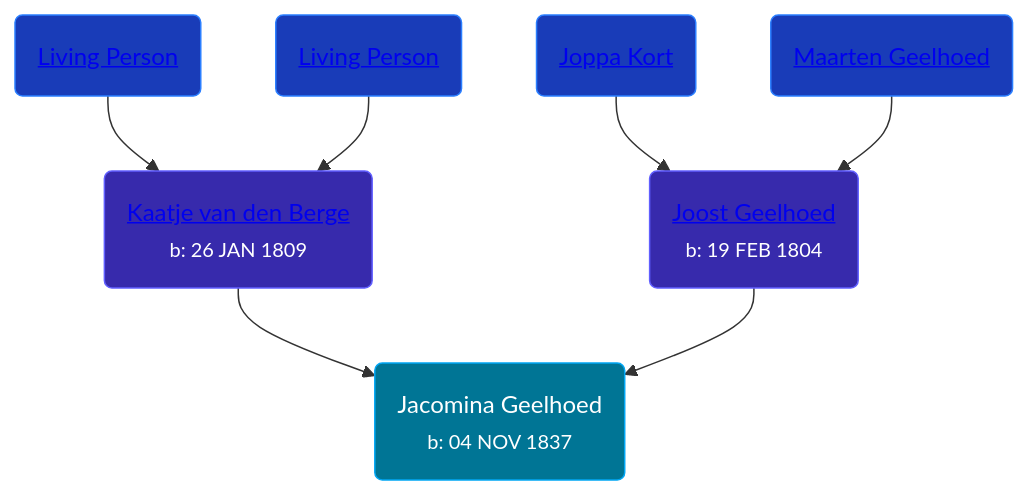
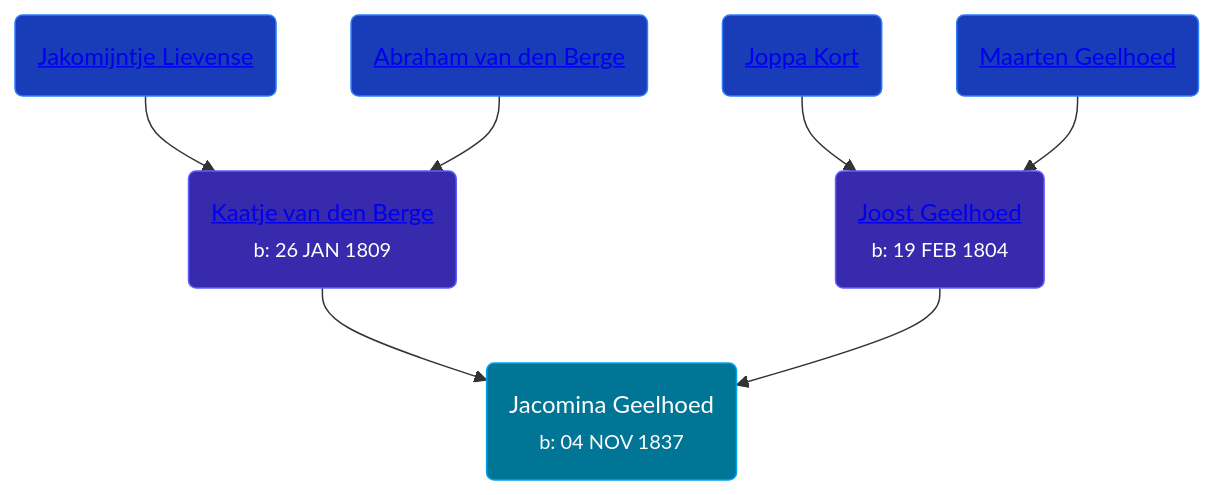
Before and after one commit to wpmgotkh/wpmgotkh.github.io: the diagram in pages/people/3/37405220.md, drawn with Mermaid. The commit also changed 586 other files, not shown here.

Commit message:
feat: better shouldConsiderPersonLiving algo

````diff
--- a/pages/people/3/37405220.md
+++ b/pages/people/3/37405220.md
@@ -11,13 +11,13 @@
 ```mermaid
 graph
 classDef grands fill:#193cb8,stroke:#2b7fff,stroke-width:1px,color:#fff;
 classDef parents fill:#372aac,stroke:#615fff,stroke-width:1px,color:#fff;
 classDef primary fill:#007595,stroke:#00a6f4,stroke-width:1px,color:#fff;
 37405220(Jacomina Geelhoed<br /><small>b: 04 NOV 1837</small>):::primary
 32271874(<a class="text-white" href="/people/3/32271874">Kaatje van den Berge</a><br /><small>b: 26 JAN 1809</small>):::parents-->37405220
-7376448(<a class="text-white" href="/people/7/7376448">Living Person</a>):::grands-->32271874
-78829556(<a class="text-white" href="/people/7/78829556">Living Person</a>):::grands-->32271874
+7376448(<a class="text-white" href="/people/7/7376448">Jakomijntje Lievense</a>):::grands-->32271874
+78829556(<a class="text-white" href="/people/7/78829556">Abraham van den Berge</a>):::grands-->32271874
 72031888(<a class="text-white" href="/people/7/72031888">Joost Geelhoed</a><br /><small>b: 19 FEB 1804</small>):::parents-->37405220
 56906995(<a class="text-white" href="/people/5/56906995">Joppa Kort</a>):::grands-->72031888
 33889936(<a class="text-white" href="/people/3/33889936">Maarten Geelhoed</a>):::grands-->72031888
 ```
````
